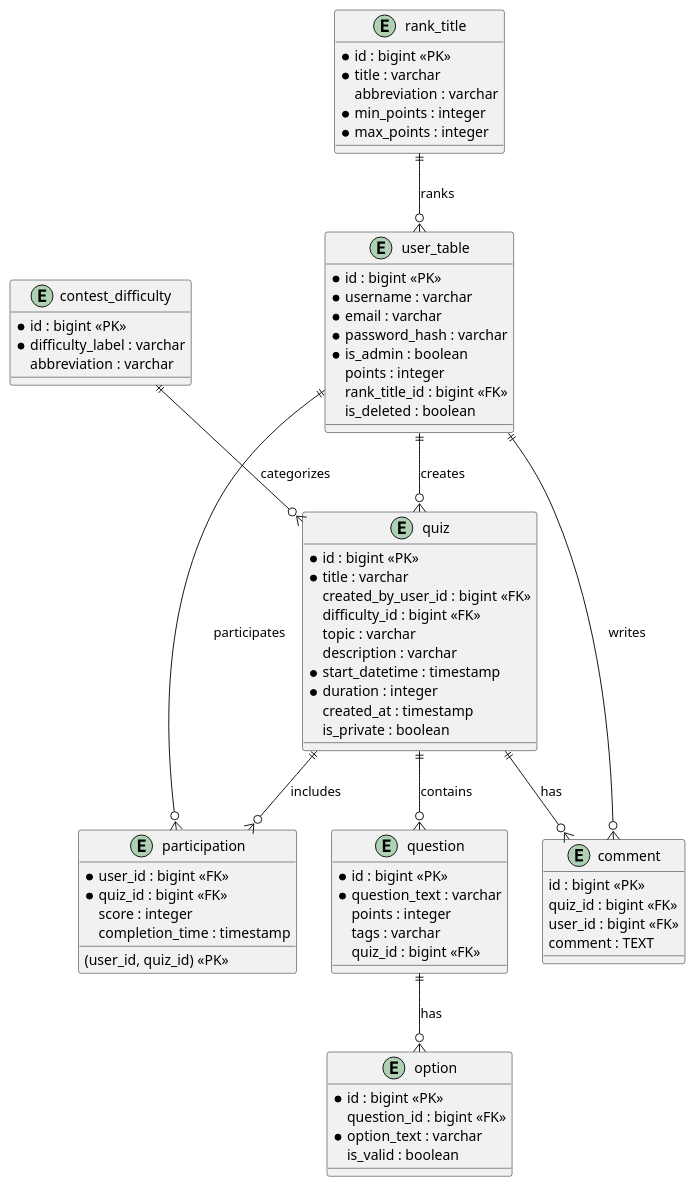
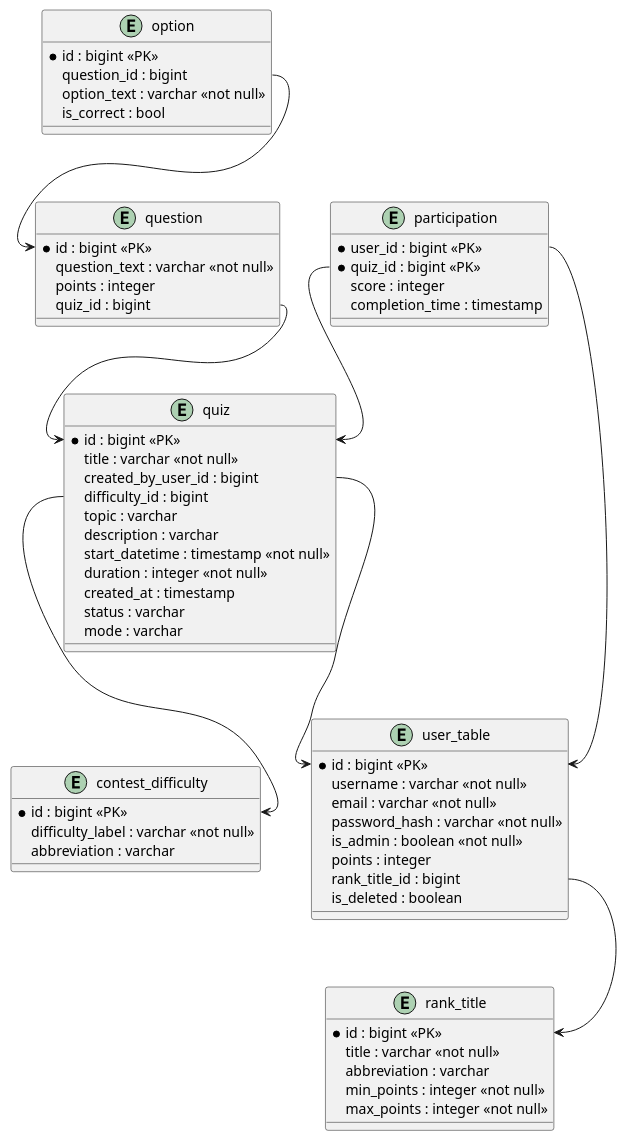
One commit to m-elhamlaoui/development-platform-omar-xidrissxyouness changed the diagram in uml/erd.puml. Above: the diagram before and after it, drawn with PlantUML.

```diff
--- a/uml/erd.puml
+++ b/uml/erd.puml
@@ -1,83 +1,73 @@
 @startuml
-' Entity definitions
-entity "contest_difficulty" {
-  * id : bigint <<PK>>
-  * difficulty_label : varchar
+
+
+entity quiz {
+  *id : bigint <<PK>>
+  title : varchar <<not null>>
+  created_by_user_id : bigint
+  difficulty_id : bigint
+  topic : varchar
+  description : varchar
+  start_datetime : timestamp <<not null>>
+  duration : integer <<not null>>
+  created_at : timestamp
+  status : varchar
+  mode : varchar
+}
+
+entity contest_difficulty {
+  *id : bigint <<PK>>
+  difficulty_label : varchar <<not null>>
   abbreviation : varchar
 }
 
-entity "quiz" {
-  * id : bigint <<PK>>
-  * title : varchar
-  created_by_user_id : bigint <<FK>>
-  difficulty_id : bigint <<FK>>
-  topic : varchar
-  description : varchar
-  * start_datetime : timestamp
-  * duration : integer
-  created_at : timestamp
-  is_private : boolean
+entity question {
+  *id : bigint <<PK>>
+  question_text : varchar <<not null>>
+  points : integer
+  quiz_id : bigint
 }
 
-entity "comment" {
-  id : bigint <<PK>>
-  quiz_id : bigint <<FK>>
-  user_id : bigint <<FK>>
-  comment : TEXT
+entity option {
+  *id : bigint <<PK>>
+  question_id : bigint
+  option_text : varchar <<not null>>
+  is_correct : bool
 }
 
-entity "question" {
-  * id : bigint <<PK>>
-  * question_text : varchar
-  points : integer
-  tags : varchar
-  quiz_id : bigint <<FK>>
+entity rank_title {
+  *id : bigint <<PK>>
+  title : varchar <<not null>>
+  abbreviation : varchar
+  min_points : integer <<not null>>
+  max_points : integer <<not null>>
 }
 
-entity "option" {
-  * id : bigint <<PK>>
-  question_id : bigint <<FK>>
-  * option_text : varchar
-  is_valid : boolean
-}
-
-entity "rank_title" {
-  * id : bigint <<PK>>
-  * title : varchar
-  abbreviation : varchar
-  * min_points : integer
-  * max_points : integer
-}
-
-entity "user_table" {
-  * id : bigint <<PK>>
-  * username : varchar
-  * email : varchar
-  * password_hash : varchar
-  * is_admin : boolean
+entity user_table {
+  *id : bigint <<PK>>
+  username : varchar <<not null>>
+  email : varchar <<not null>>
+  password_hash : varchar <<not null>>
+  is_admin : boolean <<not null>>
   points : integer
-  rank_title_id : bigint <<FK>>
+  rank_title_id : bigint
   is_deleted : boolean
 }
 
-entity "participation" {
-  * user_id : bigint <<FK>>
-  * quiz_id : bigint <<FK>>
+entity participation {
+  *user_id : bigint <<PK>>
+  *quiz_id : bigint <<PK>>
   score : integer
   completion_time : timestamp
 }
 
 ' Relationships
-user_table ||--o{ quiz : creates
-contest_difficulty ||--o{ quiz : categorizes
-quiz ||--o{ comment : has
-user_table ||--o{ comment : writes
-quiz ||--o{ question : contains
-question ||--o{ option : has
-rank_title ||--o{ user_table : ranks
-user_table ||--o{ participation : participates
-quiz ||--o{ participation : includes
+quiz::created_by_user_id --> user_table::id
+quiz::difficulty_id --> contest_difficulty::id
+question::quiz_id --> quiz::id
+option::question_id --> question::id
+user_table::rank_title_id --> rank_title::id
+participation::user_id --> user_table::id
+participation::quiz_id --> quiz::id
 
-' Composite primary key for participation
-participation : (user_id, quiz_id) <<PK>>
 @enduml
```
